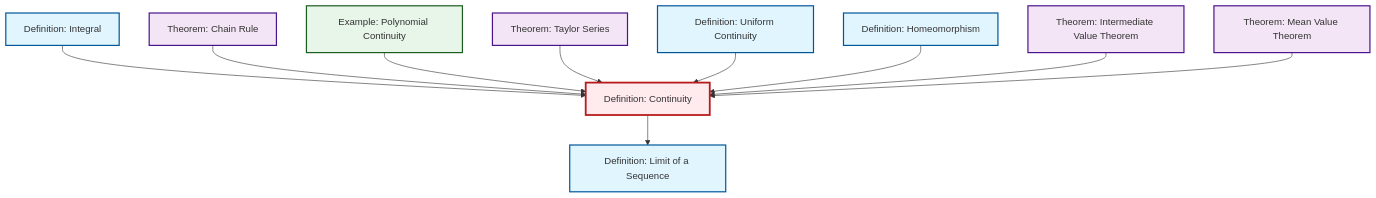
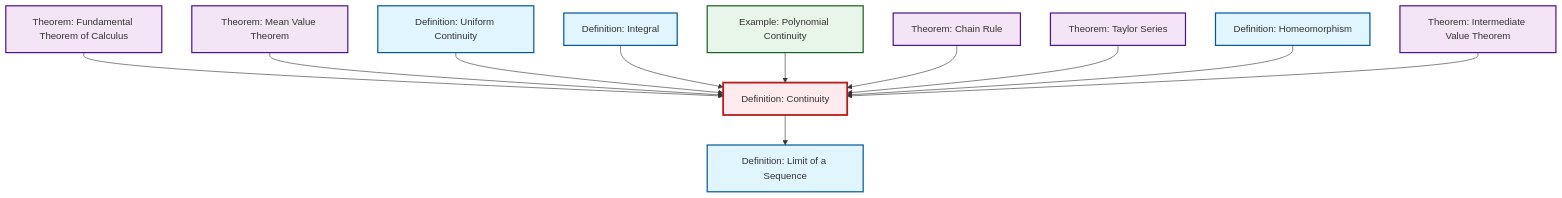
One commit to RK0429/ModernMath changed the diagram in content/en/analysis/def-continuity.qmd. Above: the diagram before and after it, drawn with Mermaid. The commit also changed 531 other files, not shown here.

````diff
--- a/content/en/analysis/def-continuity.qmd
+++ b/content/en/analysis/def-continuity.qmd
@@ -57,38 +57,41 @@
 ```{mermaid}
 %%| fig-cap: "Local dependency graph"
 graph TD
     classDef definition fill:#e1f5fe,stroke:#01579b,stroke-width:2px
     classDef theorem fill:#f3e5f5,stroke:#4a148c,stroke-width:2px
     classDef axiom fill:#fff3e0,stroke:#e65100,stroke-width:2px
     classDef example fill:#e8f5e9,stroke:#1b5e20,stroke-width:2px
     classDef current fill:#ffebee,stroke:#b71c1c,stroke-width:3px
-    def-uniform-continuity["Definition: Uniform Continuity"]:::definition
-    def-limit["Definition: Limit of a Sequence"]:::definition
-    thm-mean-value["Theorem: Mean Value Theorem"]:::theorem
     def-homeomorphism["Definition: Homeomorphism"]:::definition
-    thm-intermediate-value["Theorem: Intermediate Value Theorem"]:::theorem
-    def-continuity["Definition: Continuity"]:::definition
     def-integral["Definition: Integral"]:::definition
-    thm-chain-rule["Theorem: Chain Rule"]:::theorem
     ex-polynomial-continuity["Example: Polynomial Continuity"]:::example
     thm-taylor-series["Theorem: Taylor Series"]:::theorem
+    thm-mean-value["Theorem: Mean Value Theorem"]:::theorem
+    def-limit["Definition: Limit of a Sequence"]:::definition
+    thm-chain-rule["Theorem: Chain Rule"]:::theorem
+    def-uniform-continuity["Definition: Uniform Continuity"]:::definition
+    def-continuity["Definition: Continuity"]:::definition
+    thm-intermediate-value["Theorem: Intermediate Value Theorem"]:::theorem
+    thm-fundamental-calculus["Theorem: Fundamental Theorem of Calculus"]:::theorem
+    thm-fundamental-calculus --> def-continuity
+    thm-mean-value --> def-continuity
+    def-uniform-continuity --> def-continuity
     def-integral --> def-continuity
+    def-continuity --> def-limit
+    ex-polynomial-continuity --> def-continuity
     thm-chain-rule --> def-continuity
-    ex-polynomial-continuity --> def-continuity
     thm-taylor-series --> def-continuity
-    def-uniform-continuity --> def-continuity
-    def-continuity --> def-limit
     def-homeomorphism --> def-continuity
     thm-intermediate-value --> def-continuity
-    thm-mean-value --> def-continuity
     class def-continuity current
-    click def-uniform-continuity "def-uniform-continuity.html" "Go to Uniform Continuity definition"
-    click def-limit "def-limit.html" "Go to Limit of a Sequence definition"
-    click thm-mean-value "thm-mean-value.html" "Go to Mean Value Theorem theorem"
     click def-homeomorphism "def-homeomorphism.html" "Go to Homeomorphism definition"
-    click thm-intermediate-value "thm-intermediate-value.html" "Go to Intermediate Value Theorem theorem"
     click def-integral "def-integral.html" "Go to Integral definition"
-    click thm-chain-rule "thm-chain-rule.html" "Go to Chain Rule theorem"
     click ex-polynomial-continuity "ex-polynomial-continuity.html" "Go to Polynomial Continuity example"
     click thm-taylor-series "thm-taylor-series.html" "Go to Taylor Series theorem"
+    click thm-mean-value "thm-mean-value.html" "Go to Mean Value Theorem theorem"
+    click def-limit "def-limit.html" "Go to Limit of a Sequence definition"
+    click thm-chain-rule "thm-chain-rule.html" "Go to Chain Rule theorem"
+    click def-uniform-continuity "def-uniform-continuity.html" "Go to Uniform Continuity definition"
+    click thm-intermediate-value "thm-intermediate-value.html" "Go to Intermediate Value Theorem theorem"
+    click thm-fundamental-calculus "thm-fundamental-calculus.html" "Go to Fundamental Theorem of Calculus theorem"
 ```
````
